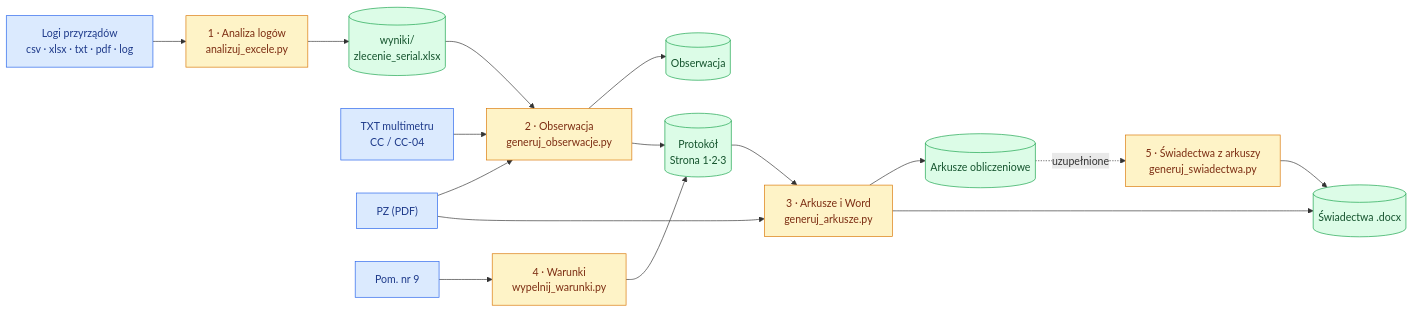
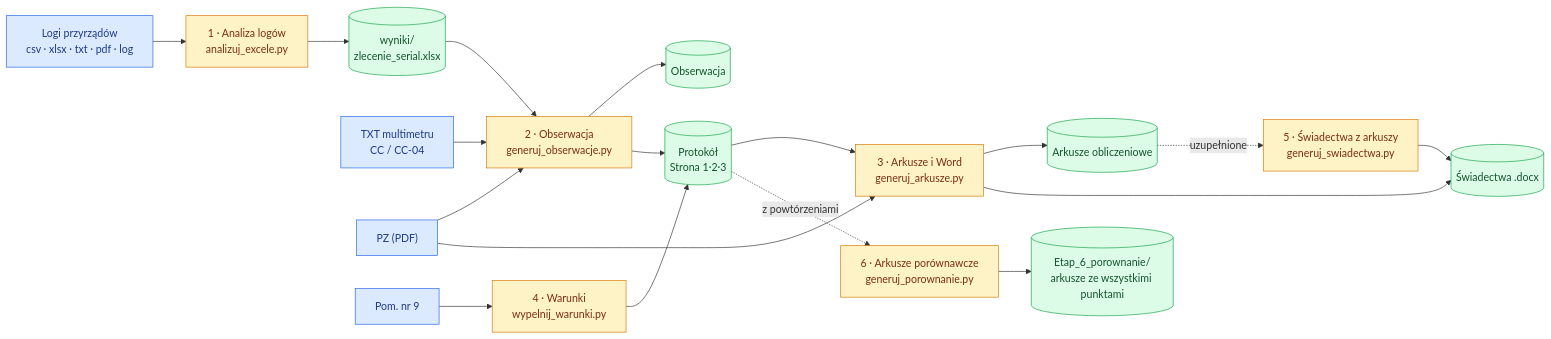
The first of 3 diagrams in README.md (Azhdzer/script-protokol-arkusz-cc-clean), drawn with Mermaid before and after one commit. The commit also changed other lines of this file and 12 other files, not shown here.

````diff
--- a/README.md
+++ b/README.md
@@ -24,24 +24,26 @@
 ```mermaid
 flowchart LR
   LOG["Logi przyrządów<br/>csv · xlsx · txt · pdf · log"] --> K1["1 · Analiza logów<br/>analizuj_excele.py"]
   K1 --> WYN[("wyniki/<br/>zlecenie_serial.xlsx")]
   TXT["TXT multimetru<br/>CC / CC-04"] --> K2["2 · Obserwacja<br/>generuj_obserwacje.py"]
   PZ["PZ (PDF)"] --> K2
   WYN --> K2
   K2 --> OBS[("Obserwacja")]
   K2 --> PROT[("Protokół<br/>Strona 1·2·3")]
   POM["Pom. nr 9"] --> K4["4 · Warunki<br/>wypelnij_warunki.py"]
   K4 --> PROT
   PROT --> K3["3 · Arkusze i Word<br/>generuj_arkusze.py"]
   PZ --> K3
   K3 --> ARK[("Arkusze obliczeniowe")]
   K3 --> SW[("Świadectwa .docx")]
   ARK -. uzupełnione .-> K5["5 · Świadectwa z arkuszy<br/>generuj_swiadectwa.py"]
   K5 --> SW
+  PROT -. z powtórzeniami .-> K6["6 · Arkusze porównawcze<br/>generuj_porownanie.py"]
+  K6 --> POR[("Etap_6_porownanie/<br/>arkusze ze wszystkimi punktami")]
   classDef in fill:#dbeafe,stroke:#2563eb,color:#1e3a8a;
   classDef xf fill:#fef3c7,stroke:#d97706,color:#7c2d12;
   classDef out fill:#dcfce7,stroke:#16a34a,color:#14532d;
   class LOG,TXT,PZ,POM in
-  class K1,K2,K3,K4,K5 xf
-  class WYN,OBS,PROT,ARK,SW out
+  class K1,K2,K3,K4,K5,K6 xf
+  class WYN,OBS,PROT,ARK,SW,POR out
 ```
````
